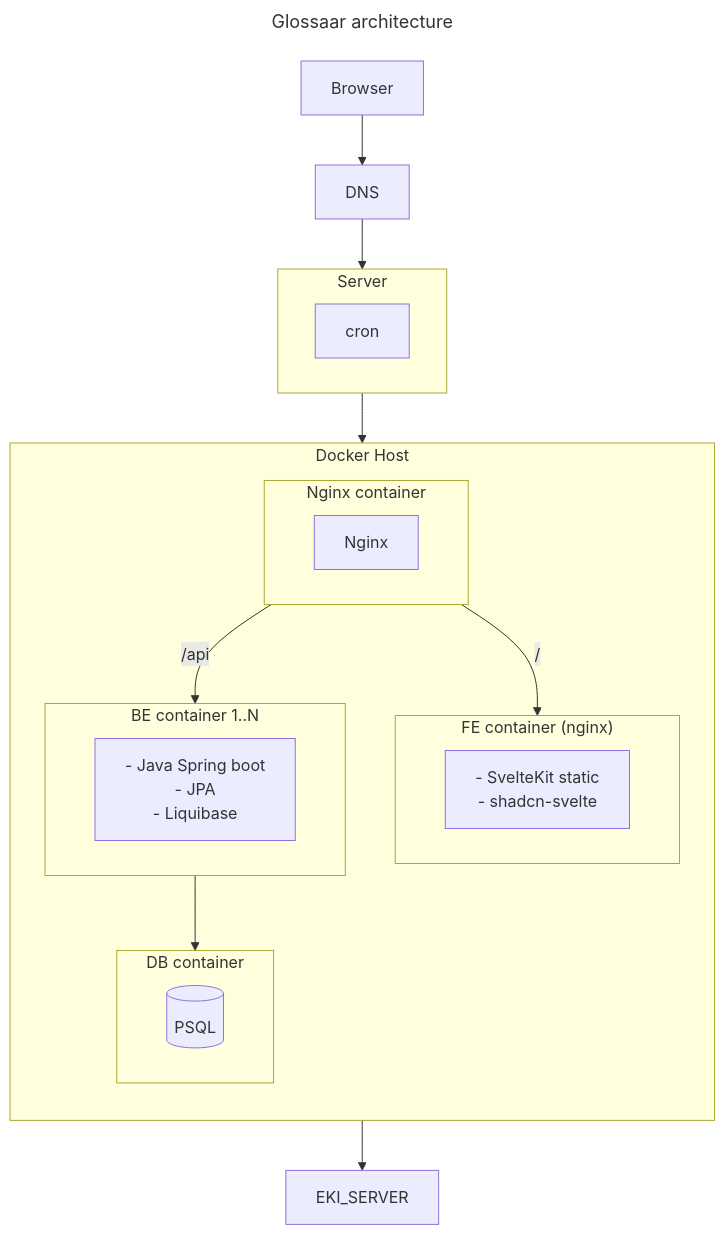
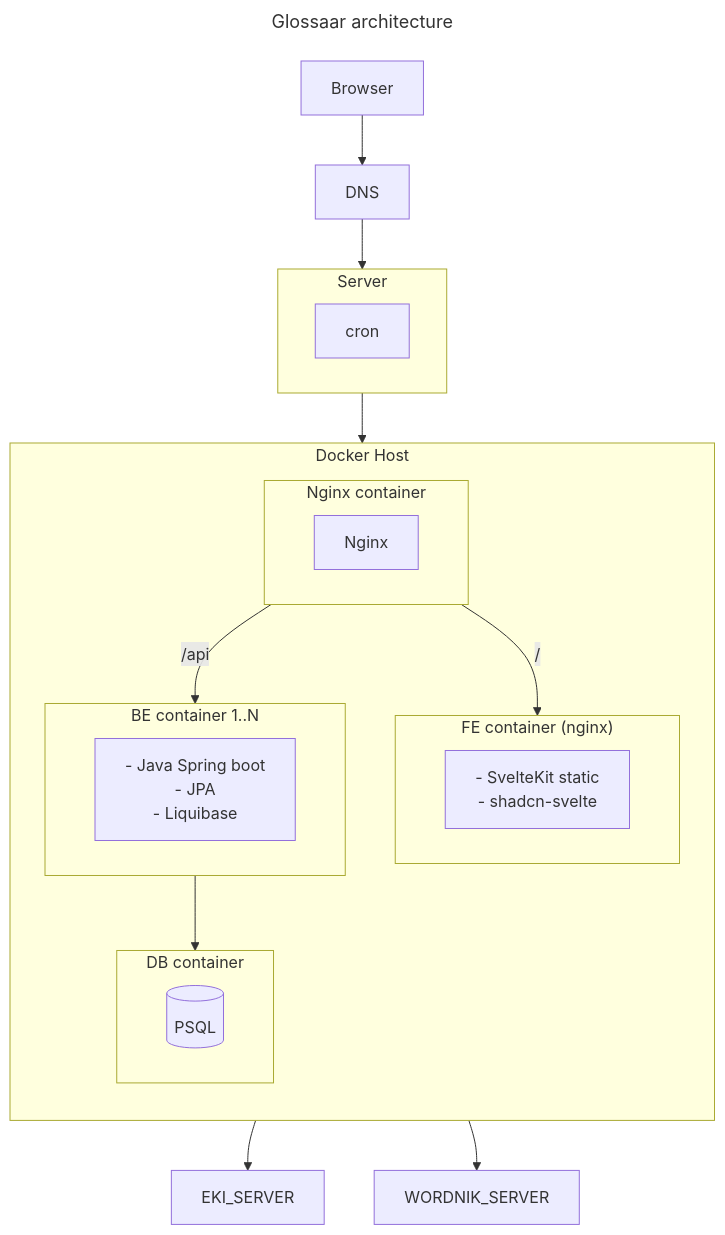
One commit to taltech-vanemarendajaks/team-01-glossaar changed the diagram in architecture.mermaid. Above: the diagram before and after it, drawn with Mermaid.

Commit message:
aadd wordnik to arch diagram

```diff
--- a/architecture.mermaid
+++ b/architecture.mermaid
@@ -1,47 +1,48 @@
 ---
 title: Glossaar architecture
 ---
 
 flowchart TB
     Browser --> DNS
 	DNS --> Server
     Server --> DockerHost
 	NginxContainer -->|/api| BeContainer
 	NginxContainer -->|/| FeContainer
 
 	BeContainer --> DbContainer
 	BeContainer --> EKI_SERVER
+	BeContainer --> WORDNIK_SERVER
 
 	subgraph Server
 		cron
 	end
 
 	subgraph DockerHost["Docker Host"]
 		direction TB
 
 		subgraph NginxContainer["Nginx container"]
 			Nginx
 		end
 
 		subgraph BeContainer["BE container 1..N"]
 			Be[
 				- Java Spring boot
 				- JPA
 				- Liquibase
 			]
 		end
 
 		subgraph FeContainer["FE container (nginx)"]
 			Fe[
 				- SvelteKit static
 				- shadcn-svelte
 			]
 		end
 
 		subgraph DbContainer["DB container"]
 			DB[(PSQL)]
 		end
 	end
 
 %% TODO: add monitoring, if applies
 %% TODO: add replica db logic, if applies
```
